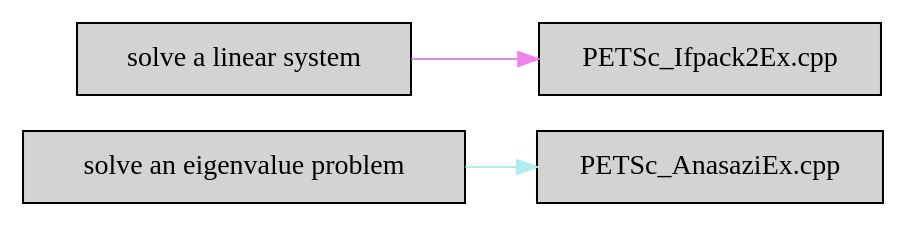
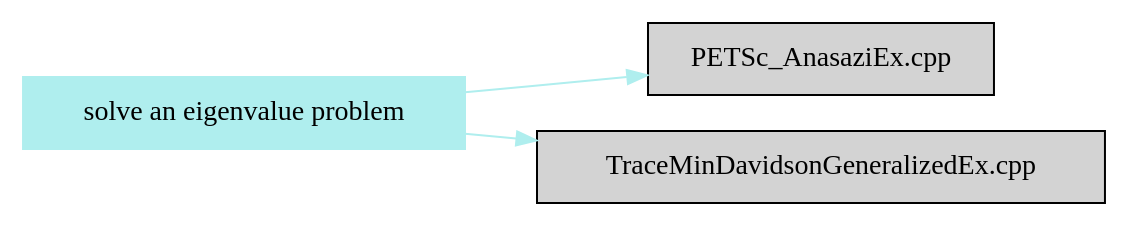
Before and after one commit to duongdo27/TrilinosConceptMap: the diagram in markdown/topic_solve_an_eigenvalue_problem.dot, drawn with Graphviz. The commit also changed 12 other files, not shown here.

```diff
--- a/markdown/topic_solve_an_eigenvalue_problem.dot
+++ b/markdown/topic_solve_an_eigenvalue_problem.dot
@@ -1,8 +1,9 @@
 digraph bettersoftware {
             rankdir = LR;
             ratio = fill;
             node [style=filled];
             node [shape = box];
 "solve an eigenvalue problem" ->  "PETSc_AnasaziEx.cpp" [colorscheme="svg" color="paleturquoise"];
-"solve a linear system" ->  "PETSc_Ifpack2Ex.cpp" [colorscheme="svg" color="violet"];
+"solve an eigenvalue problem" ->  "TraceMinDavidsonGeneralizedEx.cpp" [colorscheme="svg" color="paleturquoise"];
+"solve an eigenvalue problem" [colorscheme="svg" color="paleturquoise"];
 }
```
